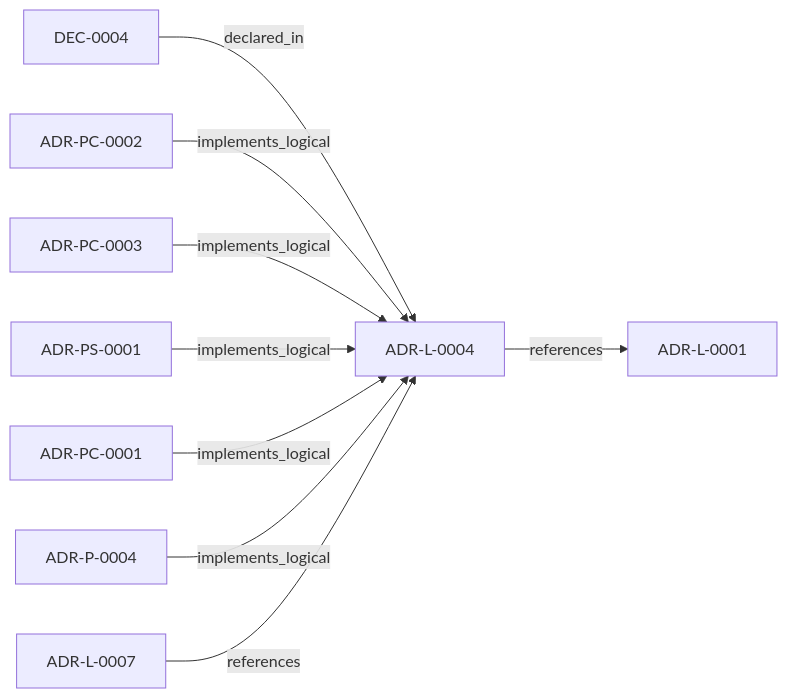
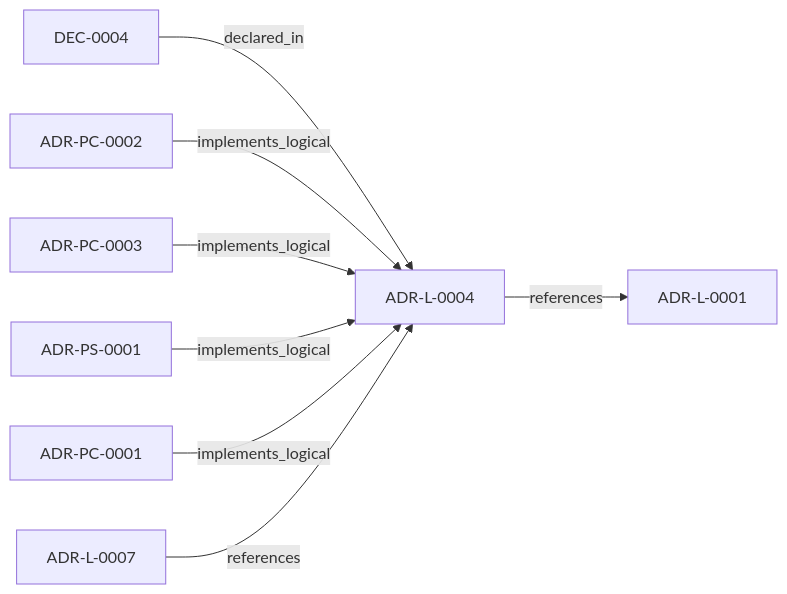
One commit to egallmann/ste-runtime changed the diagram in adrs/adr-projection/logical/ADR-L-0004-watchdog-authoritative-mode-for-workspace-boundary.md. Above: the diagram before and after it, drawn with Mermaid. The commit also changed other lines of this file and 57 other files, not shown here.

````diff
--- a/adrs/adr-projection/logical/ADR-L-0004-watchdog-authoritative-mode-for-workspace-boundary.md
+++ b/adrs/adr-projection/logical/ADR-L-0004-watchdog-authoritative-mode-for-workspace-boundary.md
@@ -67,20 +67,18 @@
 ```mermaid
 flowchart LR
   n_019ff84e_4ece_70ba_bf2e_a0fecd4a986e["ADR-L-0007"]
   n_019ff84e_4ece_75dd_9f0b_ccb51cedc4f5["ADR-L-0004"]
   n_019ff84e_4ece_77ef_9b2f_c46e2421c843["DEC-0004"]
   n_019ff84e_4ece_791b_822f_21f537c95340["ADR-L-0001"]
   n_019ff84e_4ecf_734c_9f3f_04d15f1079f5["ADR-PC-0002"]
   n_019ff84e_4ecf_7776_bf27_ffc57bc598dd["ADR-PC-0003"]
   n_019ff84e_4ecf_78a6_bb1c_676e50a3d97a["ADR-PS-0001"]
   n_019ff84e_4ecf_7d5e_a53c_bae8c74aca48["ADR-PC-0001"]
-  n_019ff84e_4ed0_78a0_9334_d520d3decf14["ADR-P-0004"]
   n_019ff84e_4ece_77ef_9b2f_c46e2421c843 -->|"declared_in"| n_019ff84e_4ece_75dd_9f0b_ccb51cedc4f5
   n_019ff84e_4ecf_734c_9f3f_04d15f1079f5 -->|"implements_logical"| n_019ff84e_4ece_75dd_9f0b_ccb51cedc4f5
   n_019ff84e_4ecf_7776_bf27_ffc57bc598dd -->|"implements_logical"| n_019ff84e_4ece_75dd_9f0b_ccb51cedc4f5
   n_019ff84e_4ecf_78a6_bb1c_676e50a3d97a -->|"implements_logical"| n_019ff84e_4ece_75dd_9f0b_ccb51cedc4f5
   n_019ff84e_4ecf_7d5e_a53c_bae8c74aca48 -->|"implements_logical"| n_019ff84e_4ece_75dd_9f0b_ccb51cedc4f5
-  n_019ff84e_4ed0_78a0_9334_d520d3decf14 -->|"implements_logical"| n_019ff84e_4ece_75dd_9f0b_ccb51cedc4f5
   n_019ff84e_4ece_70ba_bf2e_a0fecd4a986e -->|"references"| n_019ff84e_4ece_75dd_9f0b_ccb51cedc4f5
   n_019ff84e_4ece_75dd_9f0b_ccb51cedc4f5 -->|"references"| n_019ff84e_4ece_791b_822f_21f537c95340
 ```
````
